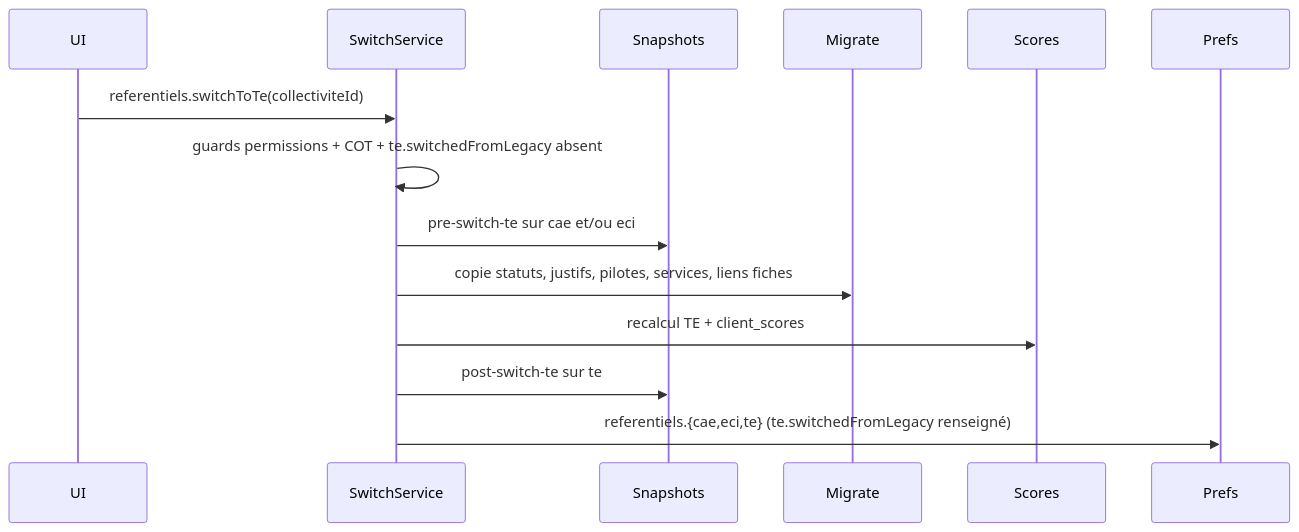
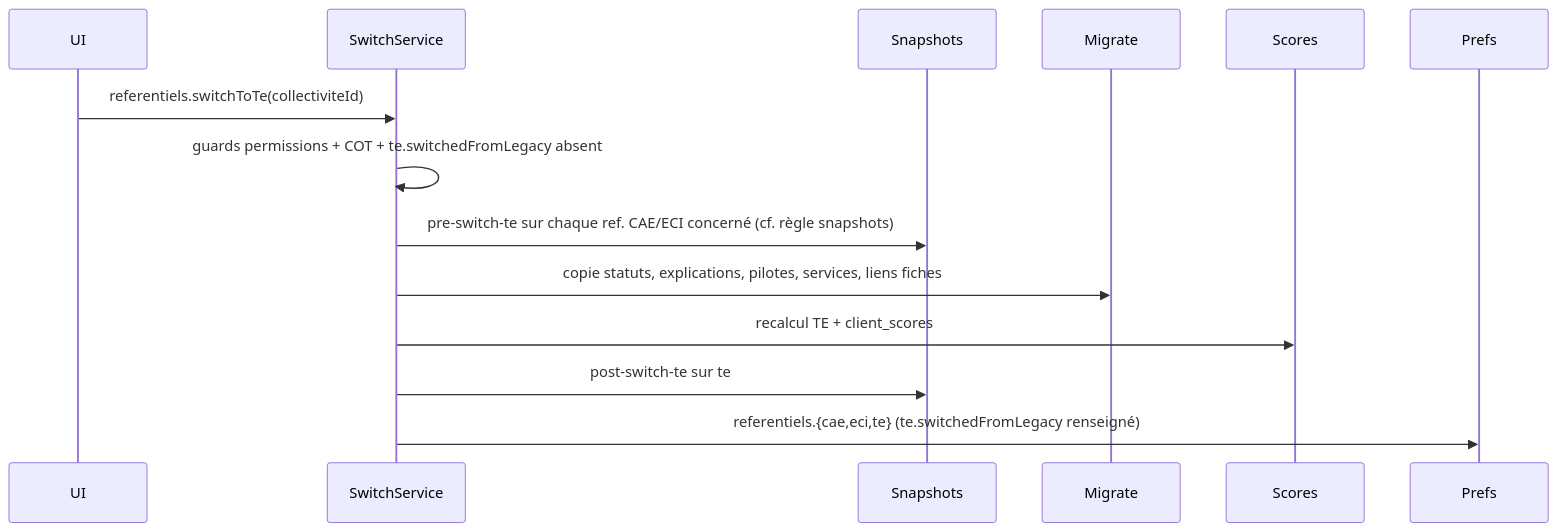
One commit to incubateur-ademe/territoires-en-transitions changed the diagram in doc/plans/2026-06-11-001-feat-bascule-referentiel-te-prd.md. Above: the diagram before and after it, drawn with Mermaid. The commit also changed other lines of this file, not shown here.

````diff
--- a/doc/plans/2026-06-11-001-feat-bascule-referentiel-te-prd.md
+++ b/doc/plans/2026-06-11-001-feat-bascule-referentiel-te-prd.md
@@ -76,17 +137,17 @@
 ```mermaid
 sequenceDiagram
   participant UI
   participant SwitchService
   participant Snapshots
   participant Migrate
   participant Scores
   participant Prefs
 
   UI->>SwitchService: referentiels.switchToTe(collectiviteId)
   SwitchService->>SwitchService: guards permissions + COT + te.switchedFromLegacy absent
-  SwitchService->>Snapshots: pre-switch-te sur cae et/ou eci
-  SwitchService->>Migrate: copie statuts, justifs, pilotes, services, liens fiches
+  SwitchService->>Snapshots: pre-switch-te sur chaque ref. CAE/ECI concerné (cf. règle snapshots)
+  SwitchService->>Migrate: copie statuts, explications, pilotes, services, liens fiches
   SwitchService->>Scores: recalcul TE + client_scores
   SwitchService->>Snapshots: post-switch-te sur te
   SwitchService->>Prefs: referentiels.{cae,eci,te} (te.switchedFromLegacy renseigné)
 ```
````
